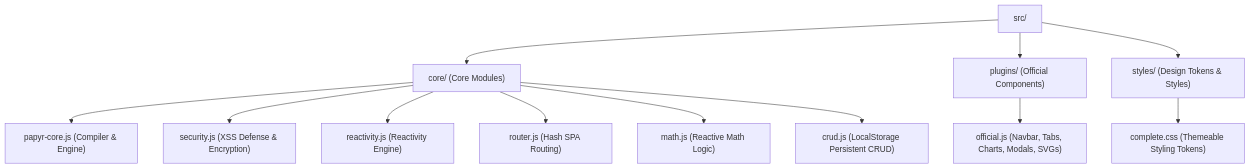
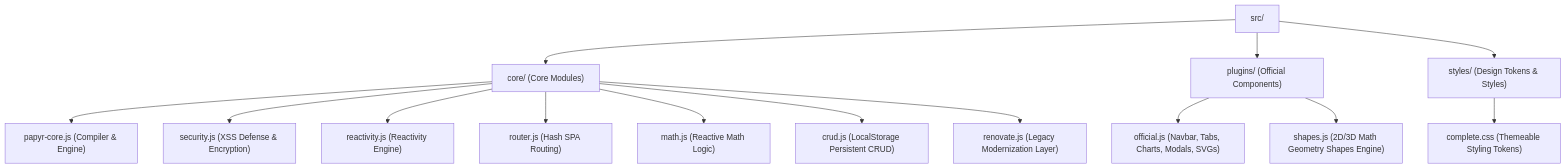
Before and after one commit to EldrexDelosReyesBula/PapyrusJS: the diagram in CONTRIBUTING.md, drawn with Mermaid. The commit also changed other lines of this file and 121 other files, not shown here.

````diff
--- a/CONTRIBUTING.md
+++ b/CONTRIBUTING.md
@@ -13,17 +13,19 @@
 ```mermaid
 graph TD
     src["src/"]
     src --> core["core/ (Core Modules)"]
     src --> plugins["plugins/ (Official Components)"]
     src --> styles["styles/ (Design Tokens & Styles)"]
     
     core --> core_js["papyr-core.js (Compiler & Engine)"]
     core --> security_js["security.js (XSS Defense & Encryption)"]
     core --> react_js["reactivity.js (Reactivity Engine)"]
     core --> router_js["router.js (Hash SPA Routing)"]
     core --> math_js["math.js (Reactive Math Logic)"]
     core --> crud_js["crud.js (LocalStorage Persistent CRUD)"]
+    core --> renovate_js["renovate.js (Legacy Modernization Layer)"]
     
     plugins --> off_js["official.js (Navbar, Tabs, Charts, Modals, SVGs)"]
+    plugins --> shapes_js["shapes.js (2D/3D Math Geometry Shapes Engine)"]
     styles --> comp_css["complete.css (Themeable Styling Tokens)"]
 ```
````
